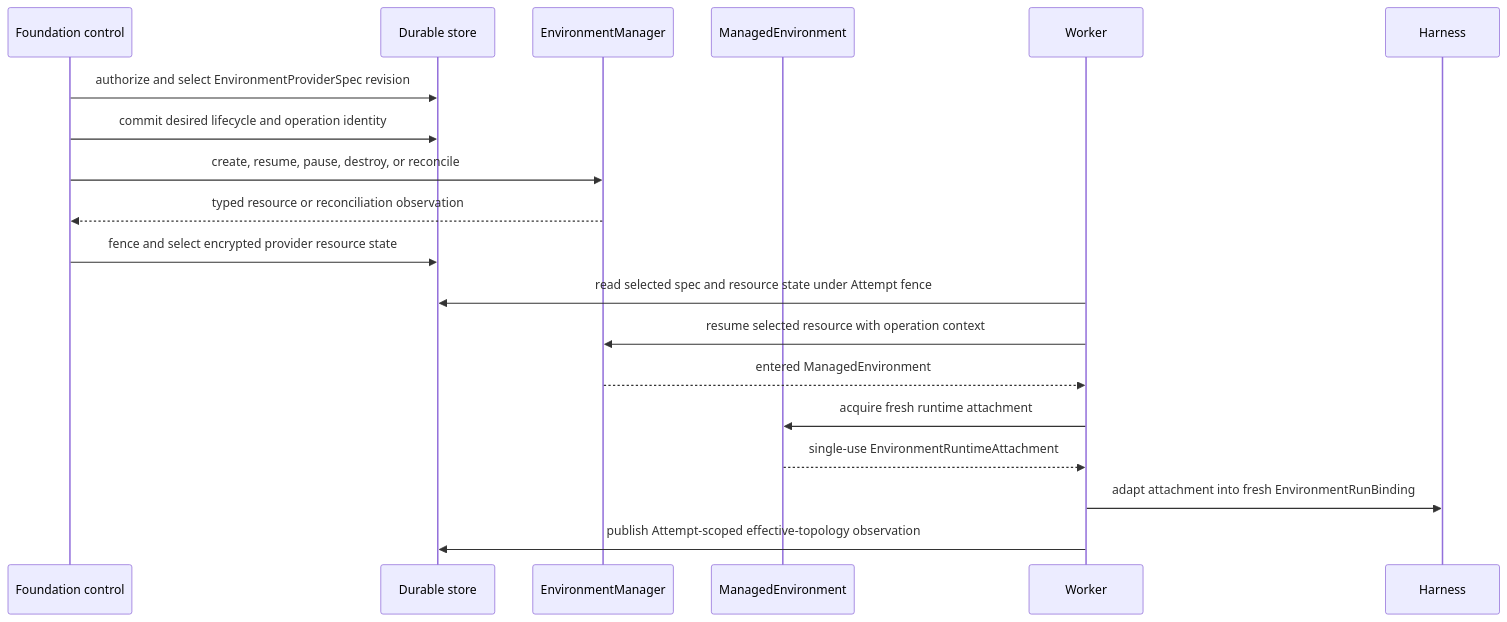
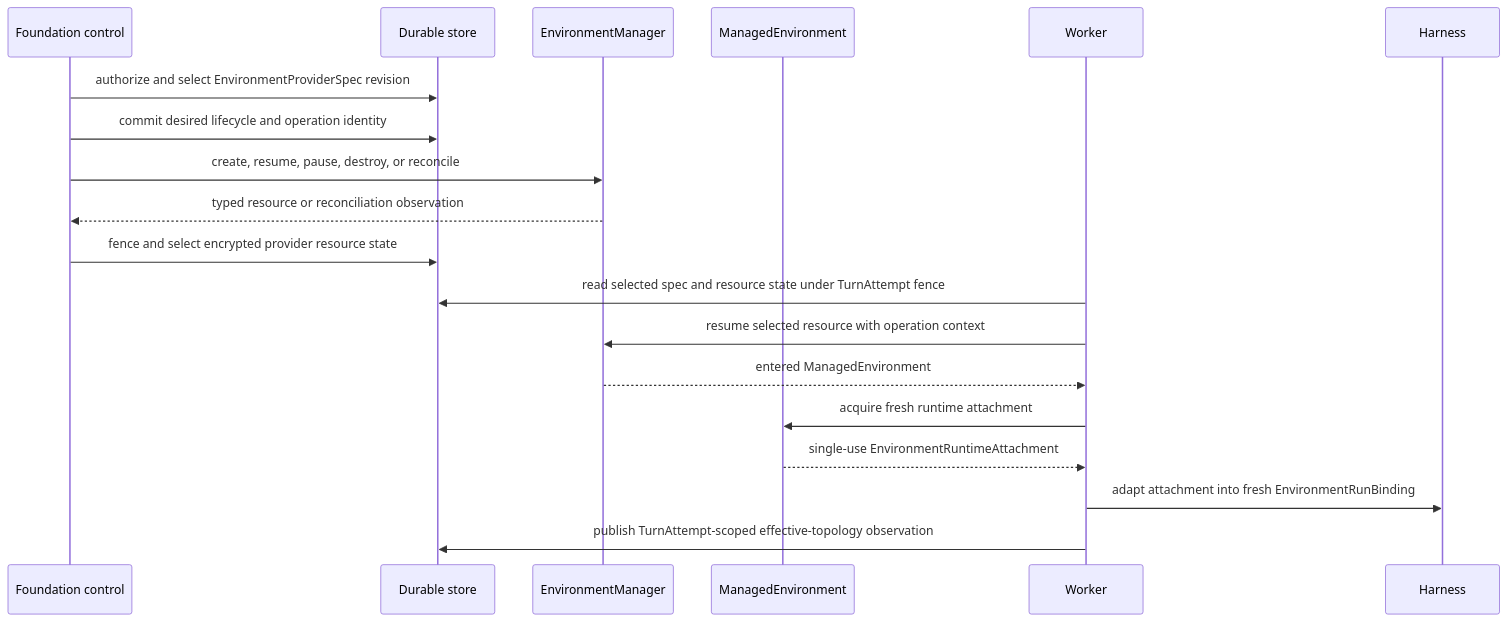
Before and after one commit to converge-ai-labs/agent-foundation: the diagram in spec/foundation-service/19-environment-management.md, drawn with Mermaid. The commit also changed other lines of this file and 16 other files, not shown here.

Commit message:
(feature:*) unify spec on turn and turn attempt

````diff
--- a/spec/foundation-service/19-environment-management.md
+++ b/spec/foundation-service/19-environment-management.md
@@ -64,22 +64,22 @@
 ```mermaid
 sequenceDiagram
     participant Control as Foundation control
     participant DB as Durable store
     participant Manager as EnvironmentManager
     participant Resource as ManagedEnvironment
     participant Worker
     participant Harness
 
     Control->>DB: authorize and select EnvironmentProviderSpec revision
     Control->>DB: commit desired lifecycle and operation identity
     Control->>Manager: create, resume, pause, destroy, or reconcile
     Manager-->>Control: typed resource or reconciliation observation
     Control->>DB: fence and select encrypted provider resource state
-    Worker->>DB: read selected spec and resource state under Attempt fence
+    Worker->>DB: read selected spec and resource state under TurnAttempt fence
     Worker->>Manager: resume selected resource with operation context
     Manager-->>Worker: entered ManagedEnvironment
     Worker->>Resource: acquire fresh runtime attachment
     Resource-->>Worker: single-use EnvironmentRuntimeAttachment
     Worker->>Harness: adapt attachment into fresh EnvironmentRunBinding
-    Worker->>DB: publish Attempt-scoped effective-topology observation
+    Worker->>DB: publish TurnAttempt-scoped effective-topology observation
 ```
````
